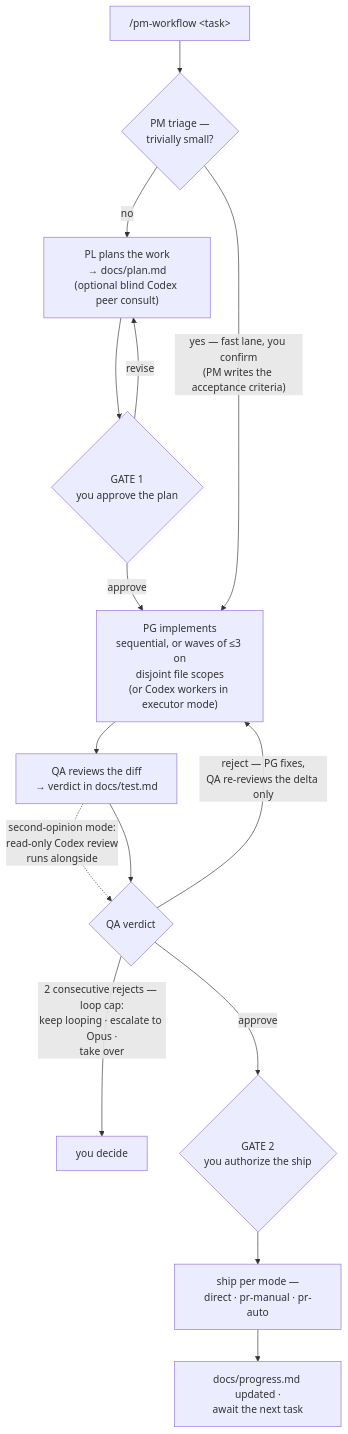
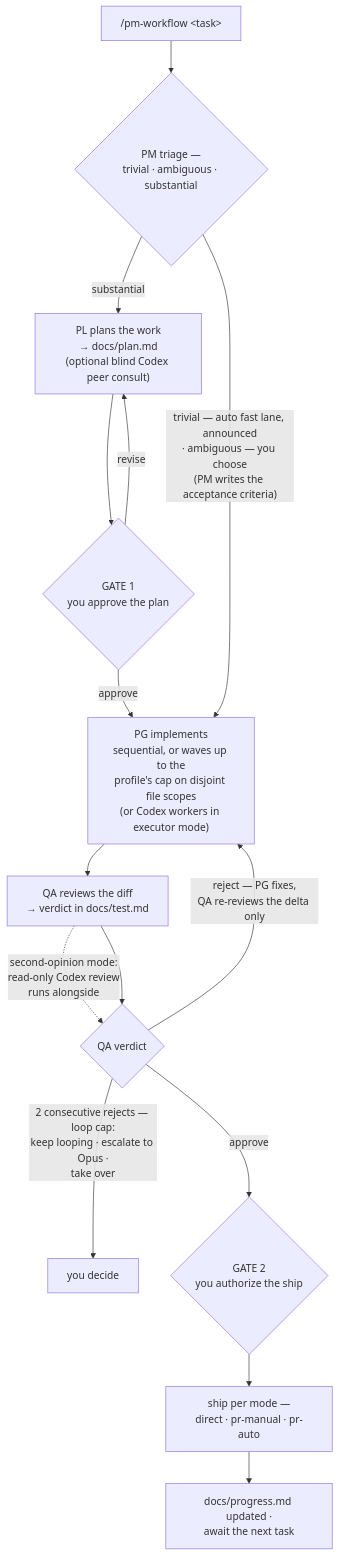
Before and after one commit to AlaskanTuna/pm-workflow: the third of 3 diagrams in README.md, drawn with Mermaid. The commit also changed other lines of this file and 12 other files, not shown here.

````diff
--- a/README.md
+++ b/README.md
@@ -225,17 +227,17 @@
 ```mermaid
 flowchart TD
-    TASK["/pm-workflow &lt;task&gt;"] --> TRIAGE{"PM triage —<br/>trivially small?"}
-    TRIAGE -->|no| PLAN["PL plans the work<br/>→ docs/plan.md<br/>(optional blind Codex peer consult)"]
+    TASK["/pm-workflow &lt;task&gt;"] --> TRIAGE{"PM triage —<br/>trivial · ambiguous · substantial"}
+    TRIAGE -->|substantial| PLAN["PL plans the work<br/>→ docs/plan.md<br/>(optional blind Codex peer consult)"]
     PLAN --> GATE1{"GATE 1<br/>you approve the plan"}
     GATE1 -->|revise| PLAN
-    GATE1 -->|approve| IMPL["PG implements<br/>sequential, or waves of ≤3 on<br/>disjoint file scopes<br/>(or Codex workers in executor mode)"]
-    TRIAGE -->|"yes — fast lane, you confirm<br/>(PM writes the acceptance criteria)"| IMPL
+    GATE1 -->|approve| IMPL["PG implements<br/>sequential, or waves up to the<br/>profile's cap on disjoint file scopes<br/>(or Codex workers in executor mode)"]
+    TRIAGE -->|"trivial — auto fast lane, announced<br/>· ambiguous — you choose<br/>(PM writes the acceptance criteria)"| IMPL
     IMPL --> REVIEW["QA reviews the diff<br/>→ verdict in docs/test.md"]
     REVIEW -.->|"second-opinion mode:<br/>read-only Codex review<br/>runs alongside"| VERDICT
     REVIEW --> VERDICT{"QA verdict"}
     VERDICT -->|"reject — PG fixes,<br/>QA re-reviews the delta only"| IMPL
     VERDICT -->|"2 consecutive rejects — loop cap:<br/>keep looping · escalate to Opus ·<br/>take over"| CAP["you decide"]
     VERDICT -->|approve| GATE2{"GATE 2<br/>you authorize the ship"}
     GATE2 --> SHIP["ship per mode —<br/>direct · pr-manual · pr-auto"]
     SHIP --> CLOSE["docs/progress.md updated ·<br/>await the next task"]
 ```
````
